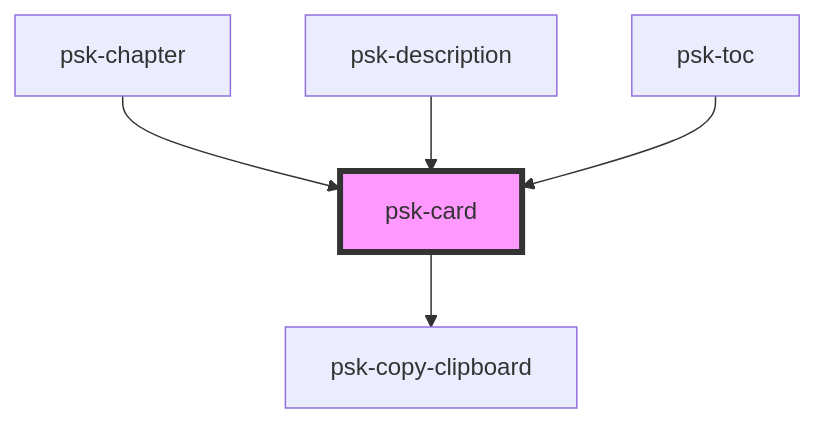
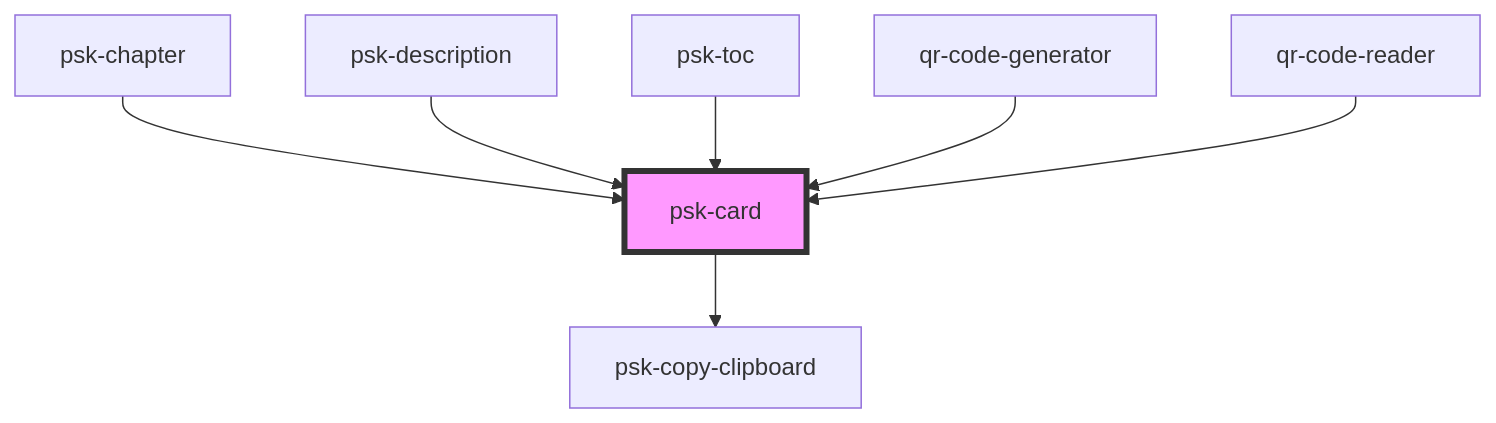
Before and after one commit to daniel-visoiu/cardinal: the diagram in src/components/psk-card/readme.md, drawn with Mermaid. The commit also changed other lines of this file and 5 other files, not shown here.

Commit message:
added qr-code-generator & qr-code-reader components

````diff
--- a/src/components/psk-card/readme.md
+++ b/src/components/psk-card/readme.md
@@ -29,8 +31,10 @@
 ```mermaid
 graph TD;
   psk-card --> psk-copy-clipboard
   psk-chapter --> psk-card
   psk-description --> psk-card
   psk-toc --> psk-card
+  qr-code-generator --> psk-card
+  qr-code-reader --> psk-card
   style psk-card fill:#f9f,stroke:#333,stroke-width:4px
 ```
````
